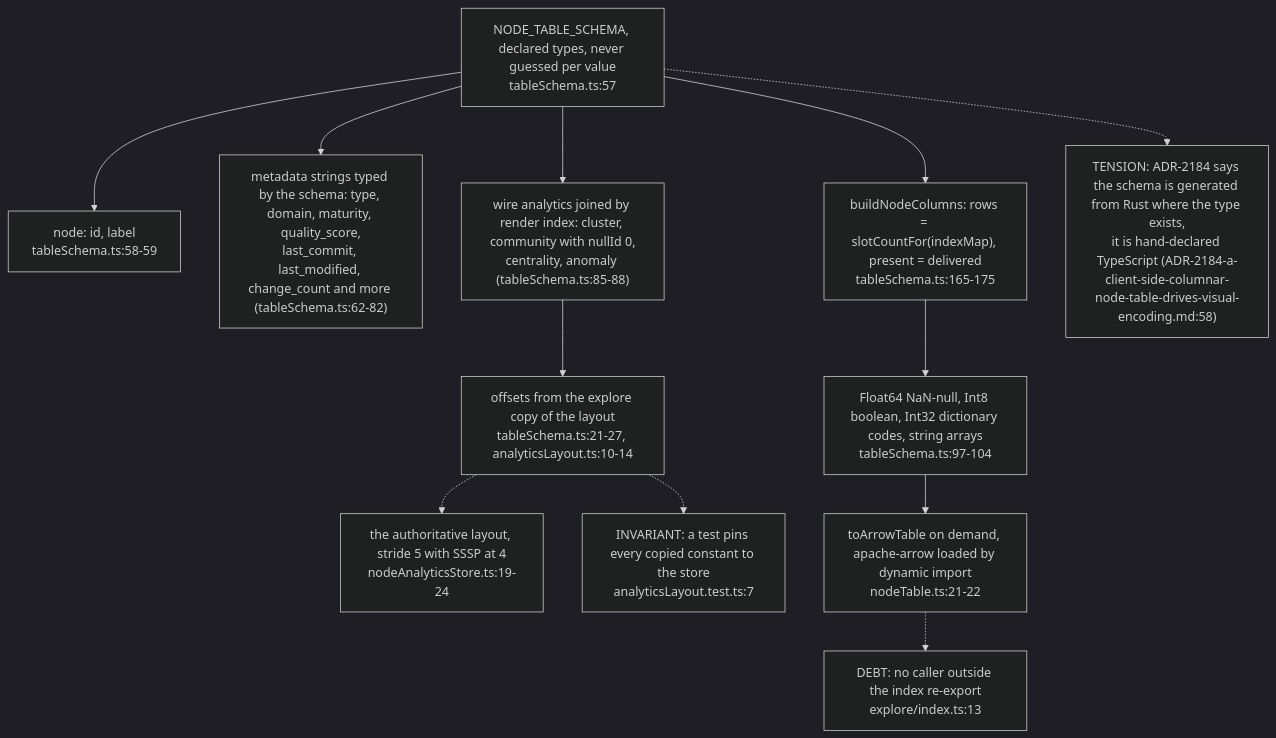
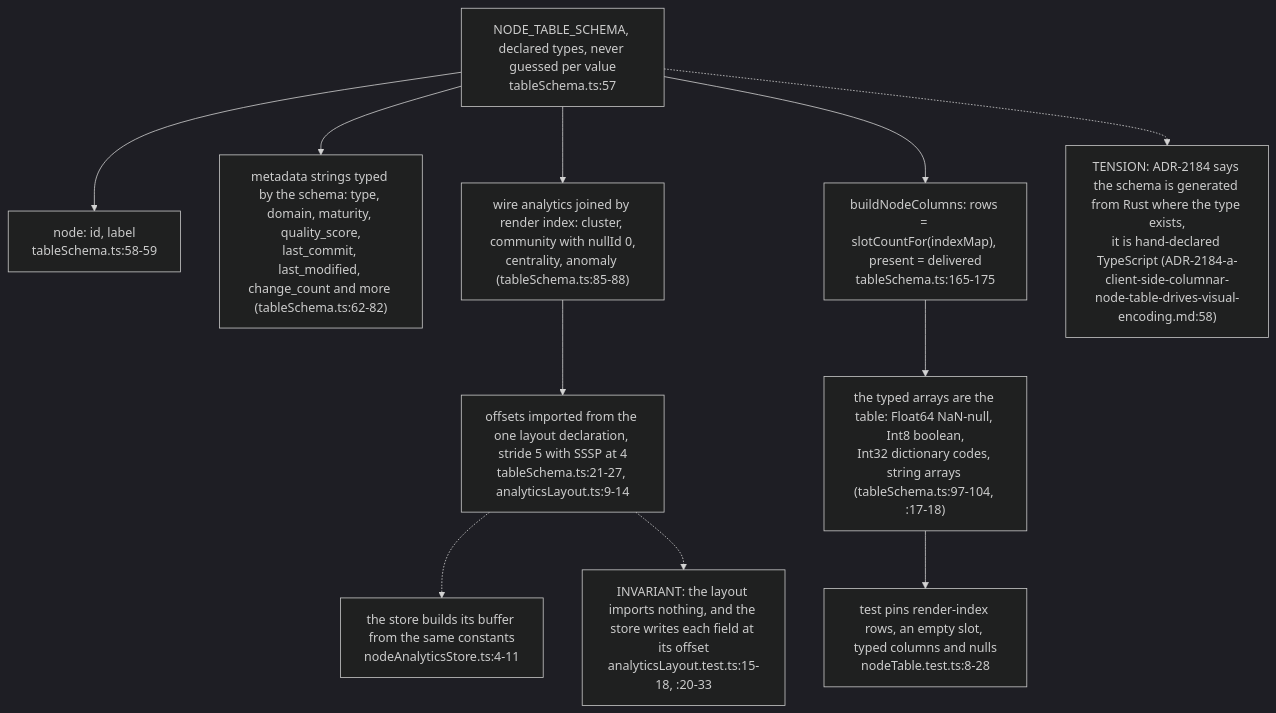
The third of 11 diagrams in docs/diagrams/visionclaw/56-client-explore-layer.md (DreamLab-AI/VisionFlow), drawn with Mermaid (dark theme) before and after one commit. The commit also changed other lines of this file and 46 other files, not shown here.

Commit message:
docs(diagrams): re-verify VisionClaw topics at 809a859aa/a950f4d80 after the consolidation pass

````diff
--- a/docs/diagrams/visionclaw/56-client-explore-layer.md
+++ b/docs/diagrams/visionclaw/56-client-explore-layer.md
@@ -106,15 +109,14 @@
 ```mermaid
 flowchart TB
     SCH["NODE_TABLE_SCHEMA, declared types, never guessed per value<br/>tableSchema.ts:57"]
     SCH --> N["node: id, label<br/>tableSchema.ts:58-59"]
     SCH --> M["metadata strings typed by the schema: type, domain, maturity, quality_score,<br/>last_commit, last_modified, change_count and more (tableSchema.ts:62-82)"]
     SCH --> W["wire analytics joined by render index: cluster, community with nullId 0,<br/>centrality, anomaly (tableSchema.ts:85-88)"]
-    W --> AL["offsets from the explore copy of the layout<br/>tableSchema.ts:21-27, analyticsLayout.ts:10-14"]
-    AL -.-> STORE["the authoritative layout, stride 5 with SSSP at 4<br/>nodeAnalyticsStore.ts:19-24"]
-    AL -.-> PIN["INVARIANT: a test pins every copied constant to the store<br/>analyticsLayout.test.ts:7"]
+    W --> AL["offsets imported from the one layout declaration, stride 5 with SSSP at 4<br/>tableSchema.ts:21-27, analyticsLayout.ts:9-14"]
+    AL -.-> STORE["the store builds its buffer from the same constants<br/>nodeAnalyticsStore.ts:4-11"]
+    AL -.-> PIN["INVARIANT: the layout imports nothing, and the store writes each field at its offset<br/>analyticsLayout.test.ts:15-18, :20-33"]
     SCH --> BNC["buildNodeColumns: rows = slotCountFor(indexMap), present = delivered<br/>tableSchema.ts:165-175"]
-    BNC --> TYP["Float64 NaN-null, Int8 boolean, Int32 dictionary codes, string arrays<br/>tableSchema.ts:97-104"]
-    TYP --> ARR["toArrowTable on demand, apache-arrow loaded by dynamic import<br/>nodeTable.ts:21-22"]
-    ARR -.-> D1["DEBT: no caller outside the index re-export<br/>explore/index.ts:13"]
+    BNC --> TYP["the typed arrays are the table: Float64 NaN-null, Int8 boolean,<br/>Int32 dictionary codes, string arrays (tableSchema.ts:97-104, :17-18)"]
+    TYP --> PINT["test pins render-index rows, an empty slot, typed columns and nulls<br/>nodeTable.test.ts:8-28"]
     SCH -.-> T1["TENSION: ADR-2184 says the schema is generated from Rust where the type exists,<br/>it is hand-declared TypeScript (ADR-2184-a-client-side-columnar-node-table-drives-visual-encoding.md:58)"]
 ```
````
